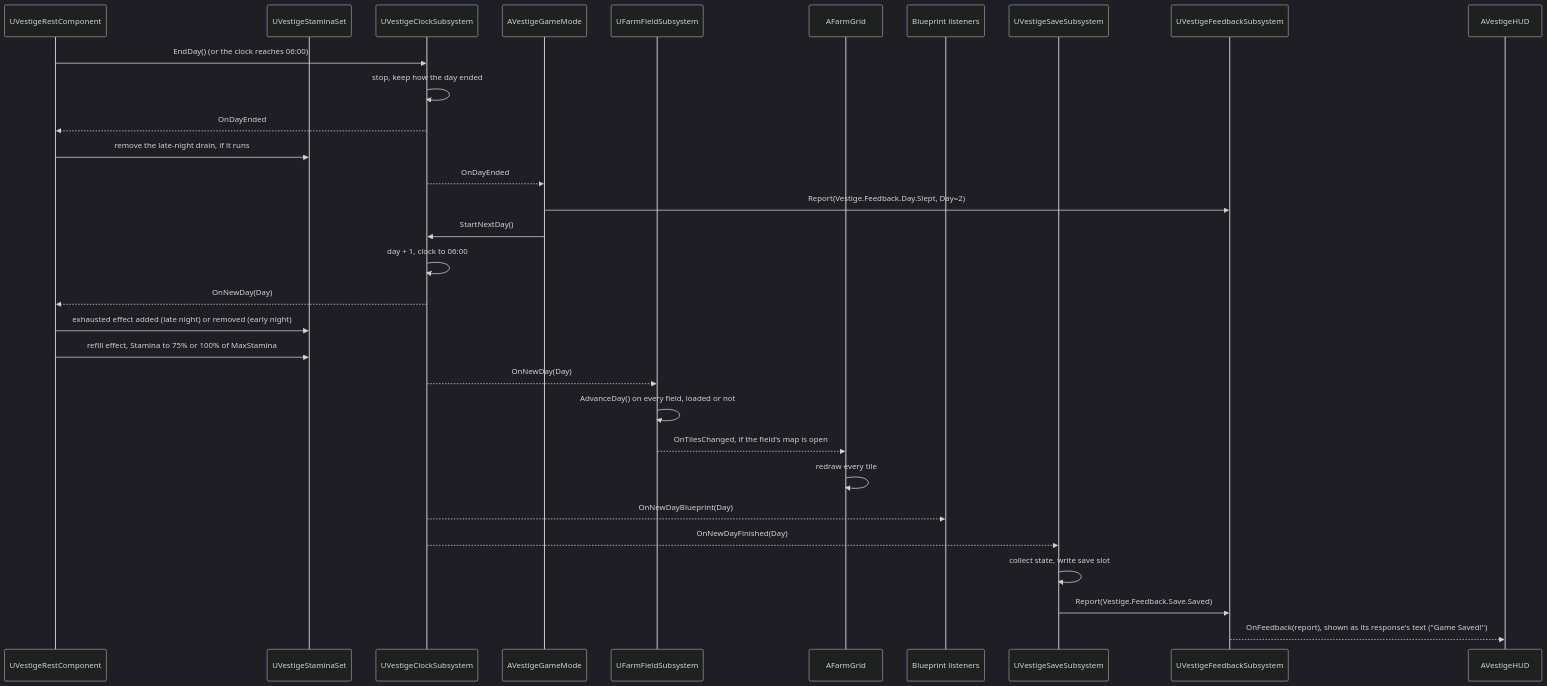
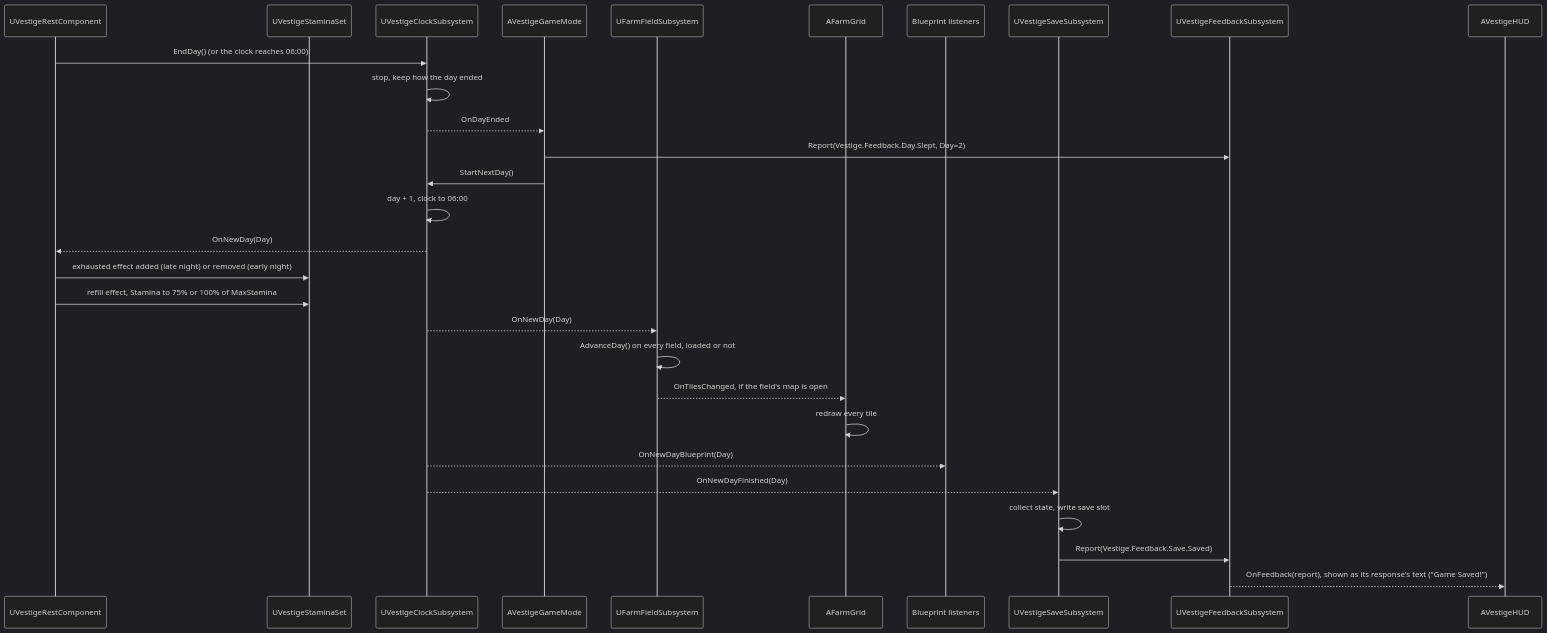
One commit to DunderGG/ProjectVestige changed the second of 2 diagrams in Docs/Architecture.md. Above: the diagram before and after it, drawn with Mermaid (dark theme). The commit also changed other lines of this file and 20 other files, not shown here.

First line of the commit message:
Drain stamina on the clock's game minutes

````diff
--- a/Docs/Architecture.md
+++ b/Docs/Architecture.md
@@ -543,33 +543,31 @@
 ```mermaid
 sequenceDiagram
     participant Rest as UVestigeRestComponent
     participant Stamina as UVestigeStaminaSet
     participant Clock as UVestigeClockSubsystem
     participant GameMode as AVestigeGameMode
     participant Fields as UFarmFieldSubsystem
     participant Grid as AFarmGrid
     participant Blueprints as Blueprint listeners
     participant Save as UVestigeSaveSubsystem
     participant Feedback as UVestigeFeedbackSubsystem
     participant HUD as AVestigeHUD
     Rest->>Clock: EndDay() (or the clock reaches 06:00)
     Clock->>Clock: stop, keep how the day ended
-    Clock-->>Rest: OnDayEnded
-    Rest->>Stamina: remove the late-night drain, if it runs
     Clock-->>GameMode: OnDayEnded
     GameMode->>Feedback: Report(Vestige.Feedback.Day.Slept, Day=2)
     GameMode->>Clock: StartNextDay()
     Clock->>Clock: day + 1, clock to 06:00
     Clock-->>Rest: OnNewDay(Day)
     Rest->>Stamina: exhausted effect added (late night) or removed (early night)
     Rest->>Stamina: refill effect, Stamina to 75% or 100% of MaxStamina
     Clock-->>Fields: OnNewDay(Day)
     Fields->>Fields: AdvanceDay() on every field, loaded or not
     Fields-->>Grid: OnTilesChanged, if the field's map is open
     Grid->>Grid: redraw every tile
     Clock-->>Blueprints: OnNewDayBlueprint(Day)
     Clock-->>Save: OnNewDayFinished(Day)
     Save->>Save: collect state, write save slot
     Save->>Feedback: Report(Vestige.Feedback.Save.Saved)
     Feedback-->>HUD: OnFeedback(report), shown as its response's text ("Game Saved!")
 ```
````
